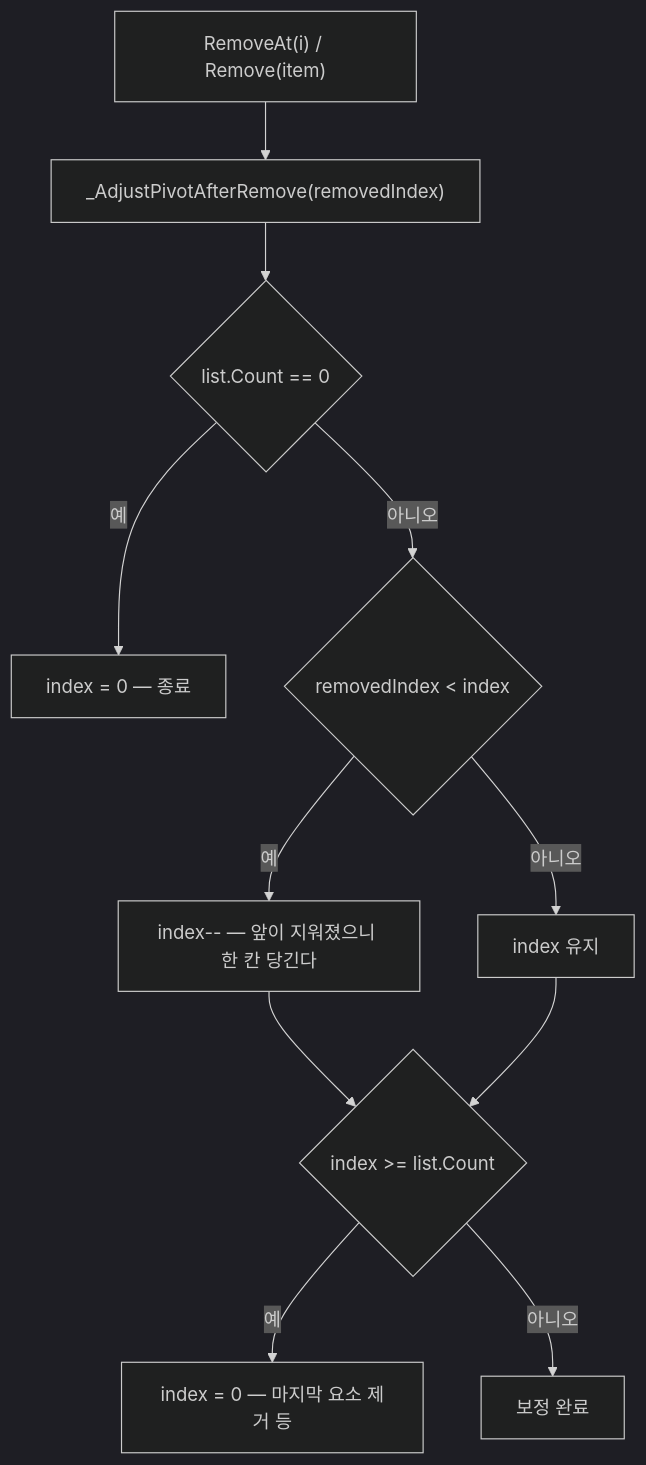
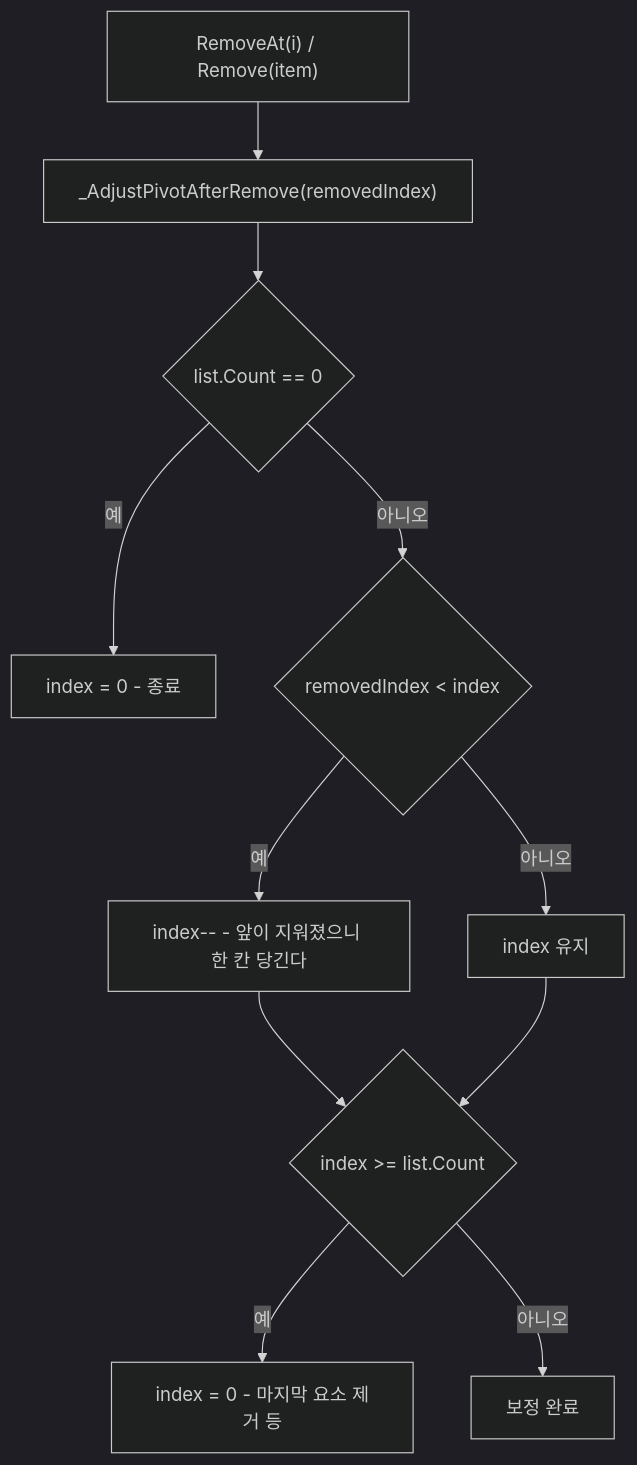
Before and after one commit to HoHong123/HCUP-Unity: the second of 2 diagrams in HCollection/Runtime/README.md, drawn with Mermaid (dark theme). The commit also changed other lines of this file, not shown here.

````diff
--- a/HCollection/Runtime/README.md
+++ b/HCollection/Runtime/README.md
@@ -89,13 +112,13 @@
 ```mermaid
 flowchart TD
     R["RemoveAt(i) / Remove(item)"] --> A["_AdjustPivotAfterRemove(removedIndex)"]
     A --> Z{"list.Count == 0"}
-    Z -->|예| Z0["index = 0 — 종료"]
+    Z -->|예| Z0["index = 0 - 종료"]
     Z -->|아니오| B{"removedIndex &lt; index"}
-    B -->|예| C["index-- — 앞이 지워졌으니 한 칸 당긴다"]
+    B -->|예| C["index-- - 앞이 지워졌으니 한 칸 당긴다"]
     B -->|아니오| D["index 유지"]
     C --> E{"index &gt;= list.Count"}
     D --> E
-    E -->|예| F["index = 0 — 마지막 요소 제거 등"]
+    E -->|예| F["index = 0 - 마지막 요소 제거 등"]
     E -->|아니오| G["보정 완료"]
 ```
````
